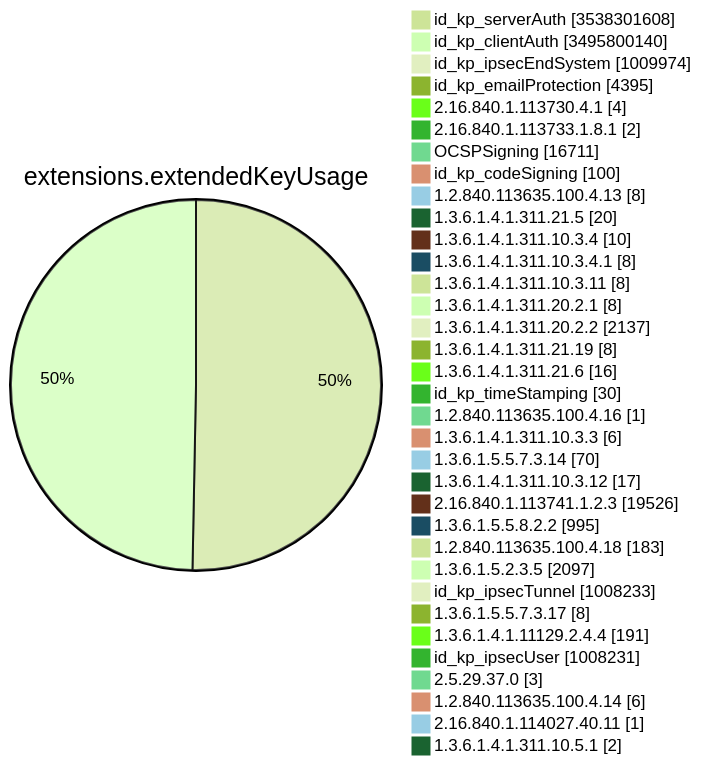
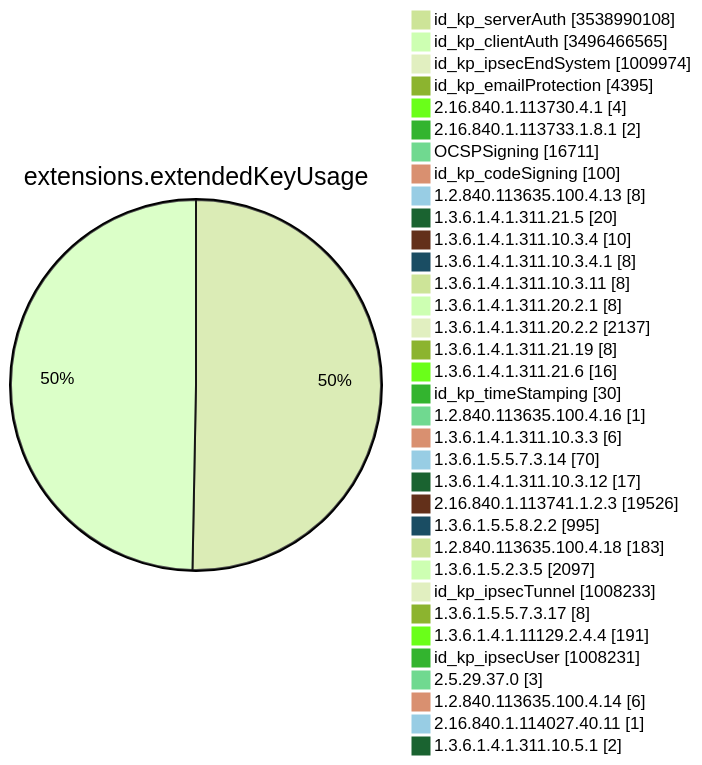
Diagram 11 of 15 in TOTAL/README.md (christiankrug/ctmonitor_visualization), drawn with Mermaid (forest theme) before and after one commit. The commit also changed other lines of this file, not shown here.

````diff
--- a/TOTAL/README.md
+++ b/TOTAL/README.md
@@ -4127,38 +4127,38 @@
 ```mermaid
 pie showData
 title extensions.extendedKeyUsage
-"id_kp_serverAuth" :3538301608
-"id_kp_clientAuth" :3495800140
+"id_kp_serverAuth" :3538990108
+"id_kp_clientAuth" :3496466565
 "id_kp_ipsecEndSystem" :1009974
 "id_kp_emailProtection" :4395
 "2.16.840.1.113730.4.1" :4
 "2.16.840.1.113733.1.8.1" :2
 "OCSPSigning" :16711
 "id_kp_codeSigning" :100
 "1.2.840.113635.100.4.13" :8
 "1.3.6.1.4.1.311.21.5" :20
 "1.3.6.1.4.1.311.10.3.4" :10
 "1.3.6.1.4.1.311.10.3.4.1" :8
 "1.3.6.1.4.1.311.10.3.11" :8
 "1.3.6.1.4.1.311.20.2.1" :8
 "1.3.6.1.4.1.311.20.2.2" :2137
 "1.3.6.1.4.1.311.21.19" :8
 "1.3.6.1.4.1.311.21.6" :16
 "id_kp_timeStamping" :30
 "1.2.840.113635.100.4.16" :1
 "1.3.6.1.4.1.311.10.3.3" :6
 "1.3.6.1.5.5.7.3.14" :70
 "1.3.6.1.4.1.311.10.3.12" :17
 "2.16.840.1.113741.1.2.3" :19526
 "1.3.6.1.5.5.8.2.2" :995
 "1.2.840.113635.100.4.18" :183
 "1.3.6.1.5.2.3.5" :2097
 "id_kp_ipsecTunnel" :1008233
 "1.3.6.1.5.5.7.3.17" :8
 "1.3.6.1.4.1.11129.2.4.4" :191
 "id_kp_ipsecUser" :1008231
 "2.5.29.37.0" :3
 "1.2.840.113635.100.4.14" :6
 "2.16.840.1.114027.40.11" :1
 "1.3.6.1.4.1.311.10.5.1" :2
 ```
````
